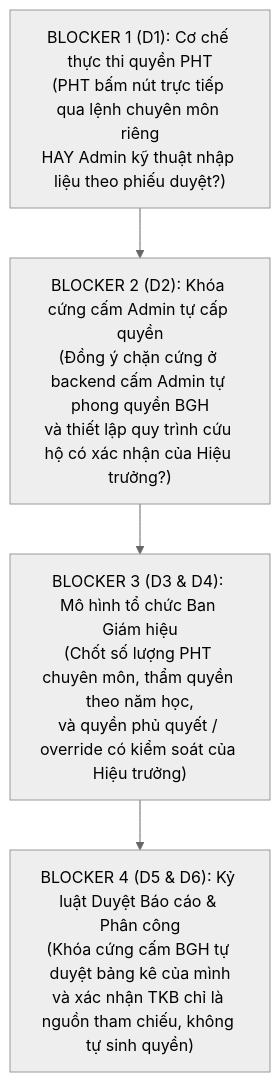
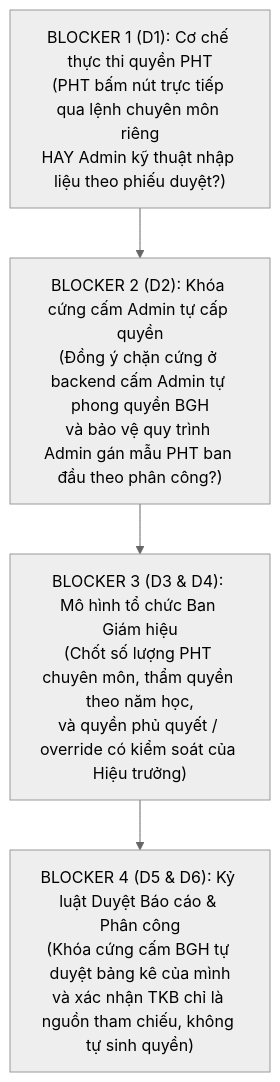
The fourth of 4 diagrams in docs/requirements/P5-057-WS1-ACADEMIC-AUTHORITY-DECISION-RECORD-DRAFT.md (hvtnguyenson-code/baogiang-damsan), drawn with Mermaid (neutral theme) before and after one commit. The commit also changed other lines of this file and 6 other files, not shown here.

Commit message:
docs(WS1/D2): remove missing-PHT rescue assumptions; specify real admin/PHT authority boundary

````diff
--- a/docs/requirements/P5-057-WS1-ACADEMIC-AUTHORITY-DECISION-RECORD-DRAFT.md
+++ b/docs/requirements/P5-057-WS1-ACADEMIC-AUTHORITY-DECISION-RECORD-DRAFT.md
@@ -433,9 +427,9 @@
 ```mermaid
 flowchart TD
     B1["BLOCKER 1 (D1): Cơ chế thực thi quyền PHT\n(PHT bấm nút trực tiếp qua lệnh chuyên môn riêng\nHAY Admin kỹ thuật nhập liệu theo phiếu duyệt?)"]
-    B2["BLOCKER 2 (D2): Khóa cứng cấm Admin tự cấp quyền\n(Đồng ý chặn cứng ở backend cấm Admin tự phong quyền BGH\nvà thiết lập quy trình cứu hộ có xác nhận của Hiệu trưởng?)"]
+    B2["BLOCKER 2 (D2): Khóa cứng cấm Admin tự cấp quyền\n(Đồng ý chặn cứng ở backend cấm Admin tự phong quyền BGH\nvà bảo vệ quy trình Admin gán mẫu PHT ban đầu theo phân công?)"]
     B3["BLOCKER 3 (D3 & D4): Mô hình tổ chức Ban Giám hiệu\n(Chốt số lượng PHT chuyên môn, thẩm quyền theo năm học,\nvà quyền phủ quyết / override có kiểm soát của Hiệu trưởng)"]
     B4["BLOCKER 4 (D5 & D6): Kỷ luật Duyệt Báo cáo & Phân công\n(Khóa cứng cấm BGH tự duyệt bảng kê của mình\nvà xác nhận TKB chỉ là nguồn tham chiếu, không tự sinh quyền)"]
 
     B1 --> B2 --> B3 --> B4
 ```
````
